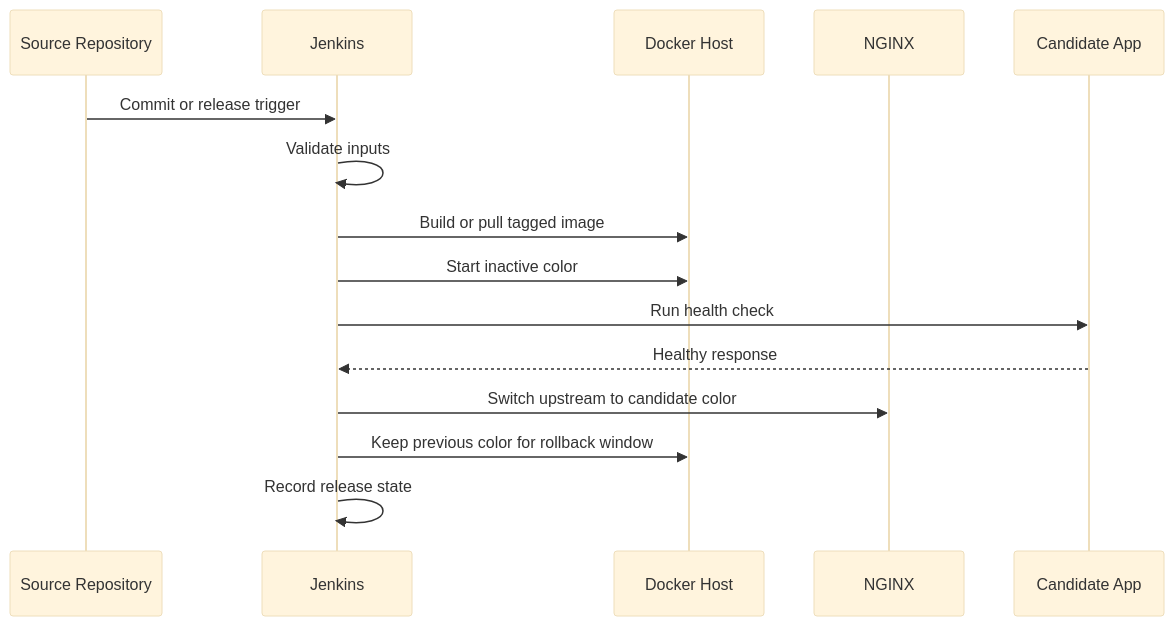
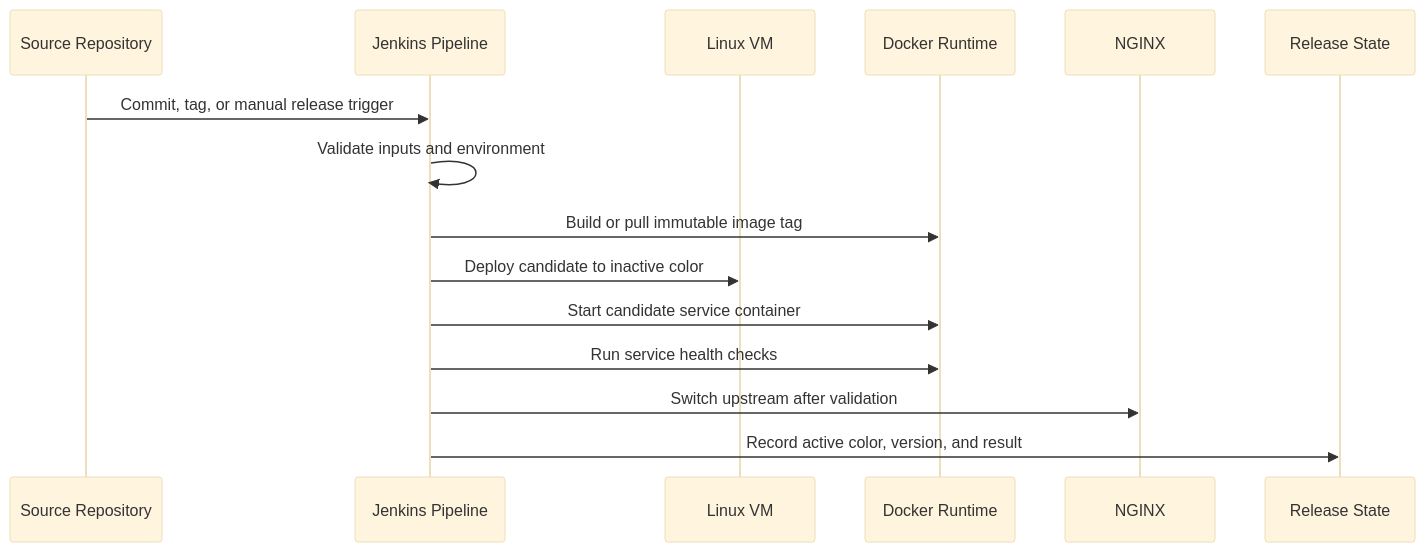
One commit to shekhar396/zero-downtime-cicd-template changed the first of 3 diagrams in docs/ARCHITECTURE.md. Above: the diagram before and after it, drawn with Mermaid (base theme). The commit also changed other lines of this file and 8 other files, not shown here.

Commit message:
docs: define v1.0 roadmap and release scope

````diff
--- a/docs/ARCHITECTURE.md
+++ b/docs/ARCHITECTURE.md
@@ -7,18 +18,18 @@
 ```mermaid
 sequenceDiagram
-    participant Dev as Source Repository
-    participant Jenkins as Jenkins
-    participant Docker as Docker Host
+    participant Git as Source Repository
+    participant Jenkins as Jenkins Pipeline
+    participant VM as Linux VM
+    participant Docker as Docker Runtime
     participant NGINX as NGINX
-    participant App as Candidate App
+    participant State as Release State
 
-    Dev->>Jenkins: Commit or release trigger
-    Jenkins->>Jenkins: Validate inputs
-    Jenkins->>Docker: Build or pull tagged image
-    Jenkins->>Docker: Start inactive color
-    Jenkins->>App: Run health check
-    App-->>Jenkins: Healthy response
-    Jenkins->>NGINX: Switch upstream to candidate color
-    Jenkins->>Docker: Keep previous color for rollback window
-    Jenkins->>Jenkins: Record release state
+    Git->>Jenkins: Commit, tag, or manual release trigger
+    Jenkins->>Jenkins: Validate inputs and environment
+    Jenkins->>Docker: Build or pull immutable image tag
+    Jenkins->>VM: Deploy candidate to inactive color
+    Jenkins->>Docker: Start candidate service container
+    Jenkins->>Docker: Run service health checks
+    Jenkins->>NGINX: Switch upstream after validation
+    Jenkins->>State: Record active color, version, and result
 ```
````
